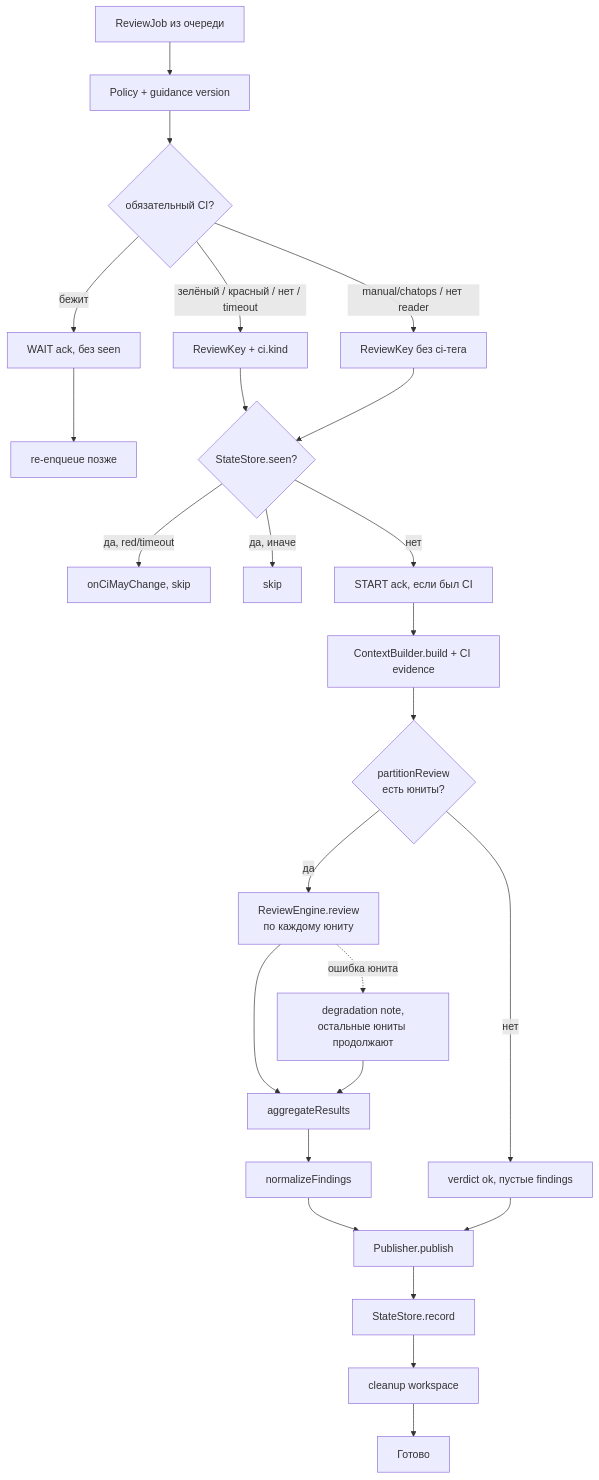
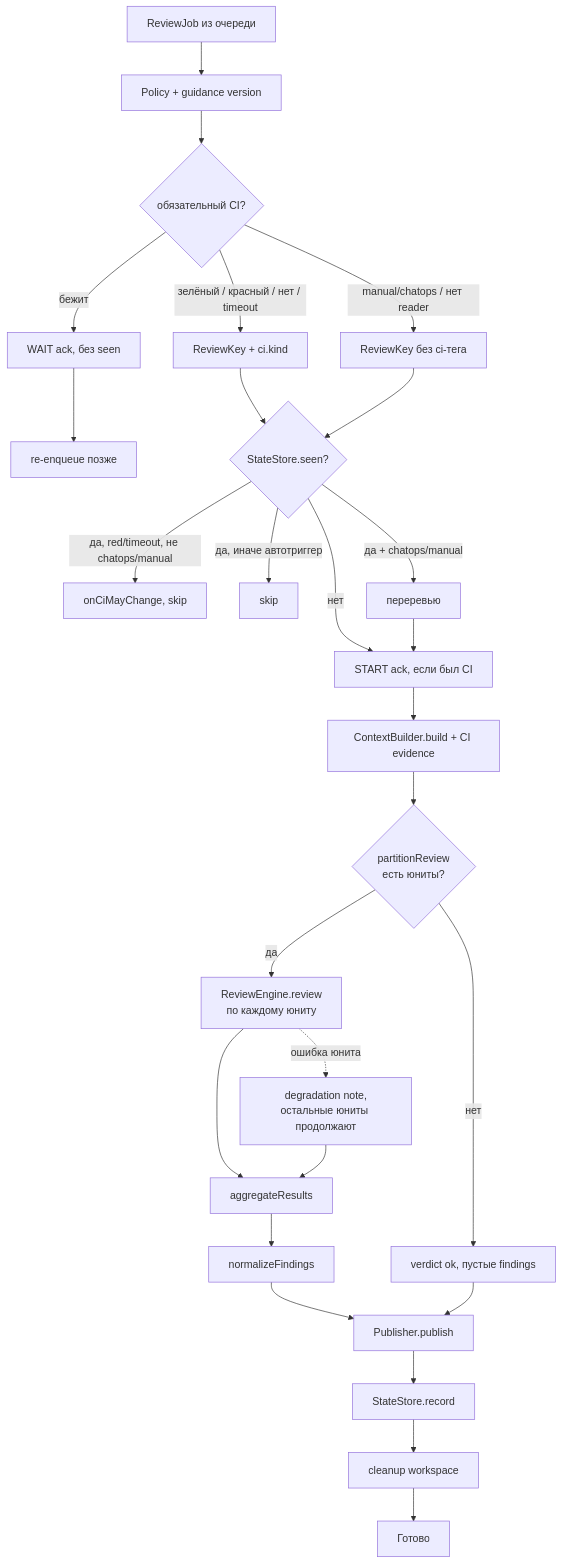
Before and after one commit to KoninMikhail/mira-gitlab-review-assistant: the first of 3 diagrams in docs/04-architecture/review-pipeline.md, drawn with Mermaid. The commit also changed other lines of this file and 37 other files, not shown here.

````diff
--- a/docs/04-architecture/review-pipeline.md
+++ b/docs/04-architecture/review-pipeline.md
@@ -14,27 +14,29 @@
 ```mermaid
 flowchart TD
     S[ReviewJob из очереди] --> POL[Policy + guidance version]
     POL --> CI{обязательный CI?}
     CI -->|бежит| ACKW[WAIT ack, без seen]
     ACKW --> RQ[re-enqueue позже]
     CI -->|зелёный / красный / нет / timeout| KEY["ReviewKey + ci.kind"]
     CI -->|manual/chatops / нет reader| KEY2[ReviewKey без ci-тега]
     KEY --> P1{StateStore.seen?}
     KEY2 --> P1
-    P1 -->|да, red/timeout| REL[onCiMayChange, skip]
-    P1 -->|да, иначе| END0[skip]
+    P1 -->|да, red/timeout, не chatops/manual| REL[onCiMayChange, skip]
+    P1 -->|да, иначе автотриггер| END0[skip]
+    P1 -->|да + chatops/manual| RERUN[переревью]
     P1 -->|нет| ACKS[START ack, если был CI]
+    RERUN --> ACKS
     ACKS --> P3[ContextBuilder.build + CI evidence]
     P3 --> PP{partitionReview<br/>есть юниты?}
     PP -->|нет| EMPTY[verdict ok, пустые findings]
     PP -->|да| P5[ReviewEngine.review<br/>по каждому юниту]
     P5 --> AG[aggregateResults]
     AG --> P6[normalizeFindings]
     P6 --> P8[Publisher.publish]
     P8 --> P9[StateStore.record]
     EMPTY --> P8
     P9 --> P10[cleanup workspace]
     P10 --> END2[Готово]
     P5 -. ошибка юнита .-> DEG[degradation note,<br/>остальные юниты продолжают]
     DEG --> AG
 ```
````
